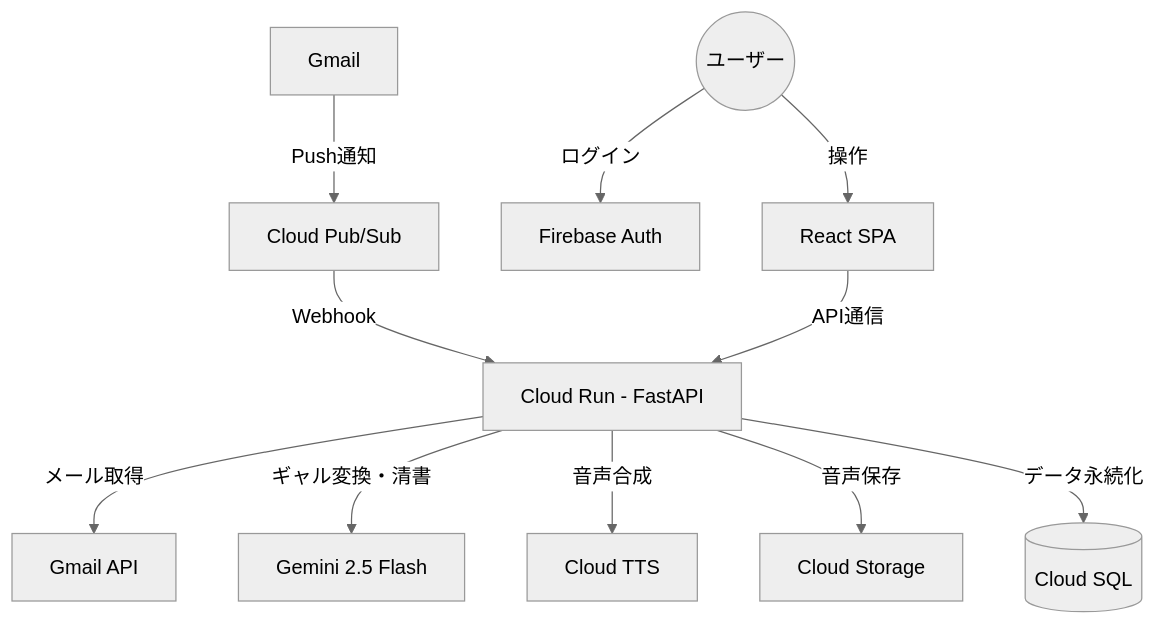
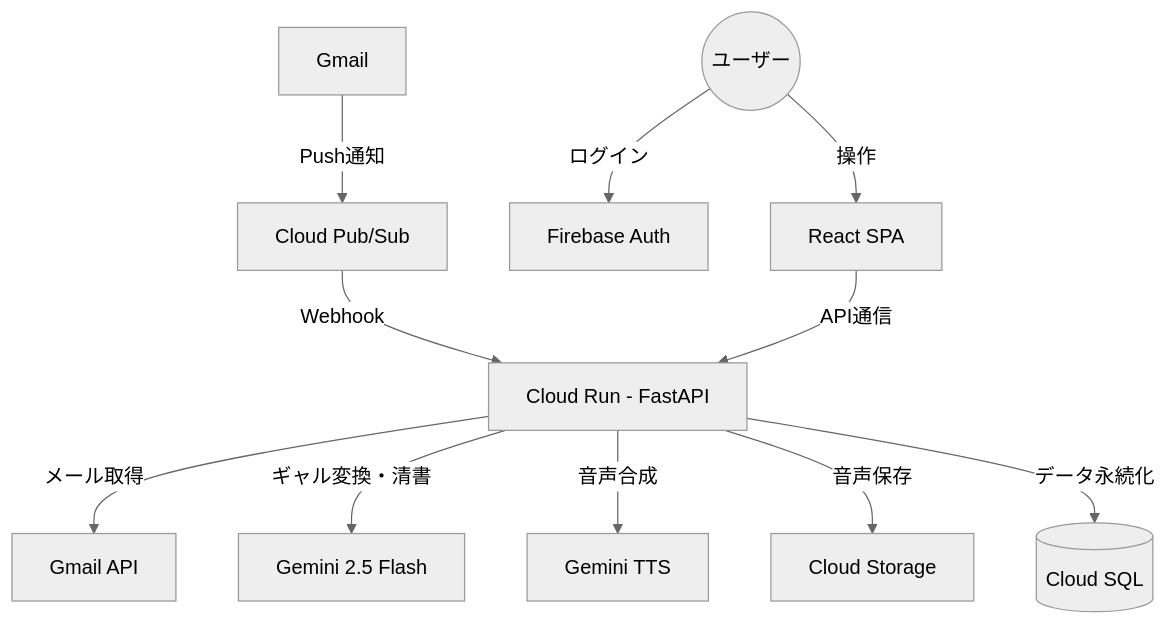
One commit to takkuhiro/togenuki changed the diagram in README.md. Above: the diagram before and after it, drawn with Mermaid (neutral theme). The commit also changed other lines of this file and 2 other files, not shown here.

````diff
--- a/README.md
+++ b/README.md
@@ -20,13 +28,13 @@
 ```mermaid
 graph TD
     Gmail[Gmail] -- Push通知 --> PubSub[Cloud Pub/Sub]
     PubSub -- Webhook --> API[Cloud Run - FastAPI]
     API -- メール取得 --> GmailAPI[Gmail API]
     API -- ギャル変換・清書 --> Gemini[Gemini 2.5 Flash]
-    API -- 音声合成 --> TTS[Cloud TTS]
+    API -- 音声合成 --> TTS[Gemini TTS]
     API -- 音声保存 --> GCS[Cloud Storage]
     API -- データ永続化 --> SQL[(Cloud SQL)]
     User((ユーザー)) -- ログイン --> Firebase[Firebase Auth]
     User -- 操作 --> Web[React SPA]
     Web -- API通信 --> API
 ```
````
